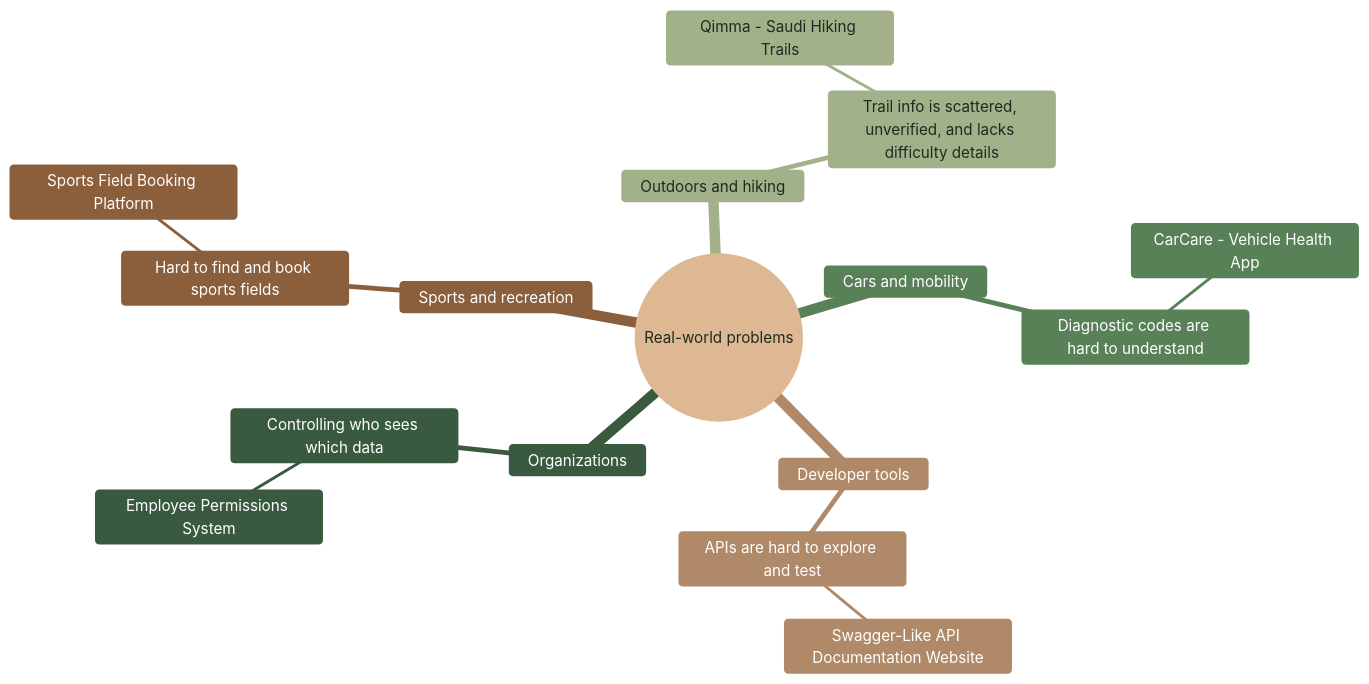
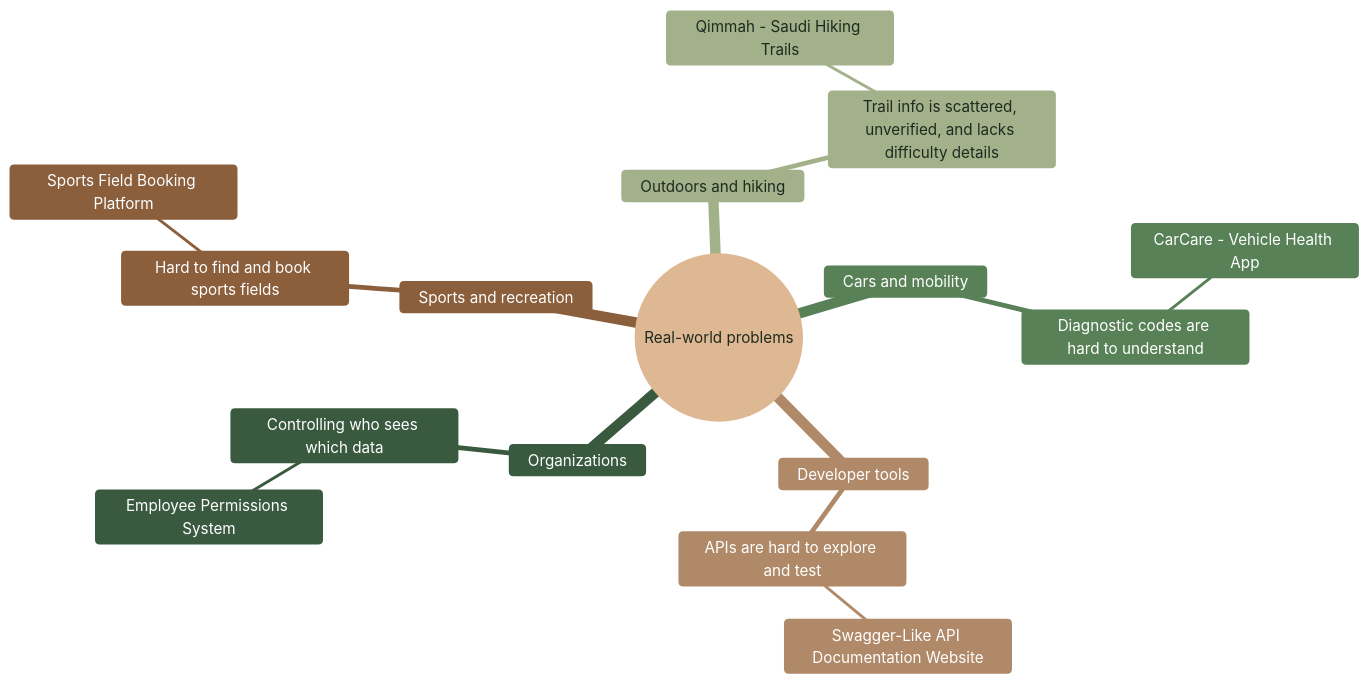
One commit to RahafN1/Portfolio-Project changed the diagram in Stage1/README.md. Above: the diagram before and after it, drawn with Mermaid. The commit also changed other lines of this file, not shown here.

Commit message:
Correct spelling of 'Qimma' to 'Qimmah' in README

````diff
--- a/Stage1/README.md
+++ b/Stage1/README.md
@@ -88,27 +88,27 @@
 ```mermaid
 %%{init: {'theme': 'base', 'themeVariables': {
   'git0': '#ddb892', 'gitBranchLabel0': '#1f2a1f',
   'cScale1': '#8b5e3c', 'cScaleLabel1': '#ffffff',
   'cScale2': '#a3b18a', 'cScaleLabel2': '#1f2a1f',
   'cScale3': '#588157', 'cScaleLabel3': '#ffffff',
   'cScale4': '#b08968', 'cScaleLabel4': '#ffffff',
   'cScale5': '#3a5a40', 'cScaleLabel5': '#ffffff'
 }}}%%
 mindmap
   root((Real-world problems))
     Sports and recreation
       Hard to find and book sports fields
         Sports Field Booking Platform
     Outdoors and hiking
       Trail info is scattered, unverified, and lacks difficulty details
-        Qimma - Saudi Hiking Trails
+        Qimmah - Saudi Hiking Trails
     Cars and mobility
       Diagnostic codes are hard to understand
         CarCare - Vehicle Health App
     Developer tools
       APIs are hard to explore and test
         Swagger-Like API Documentation Website
     Organizations
       Controlling who sees which data
         Employee Permissions System
 ```
````
